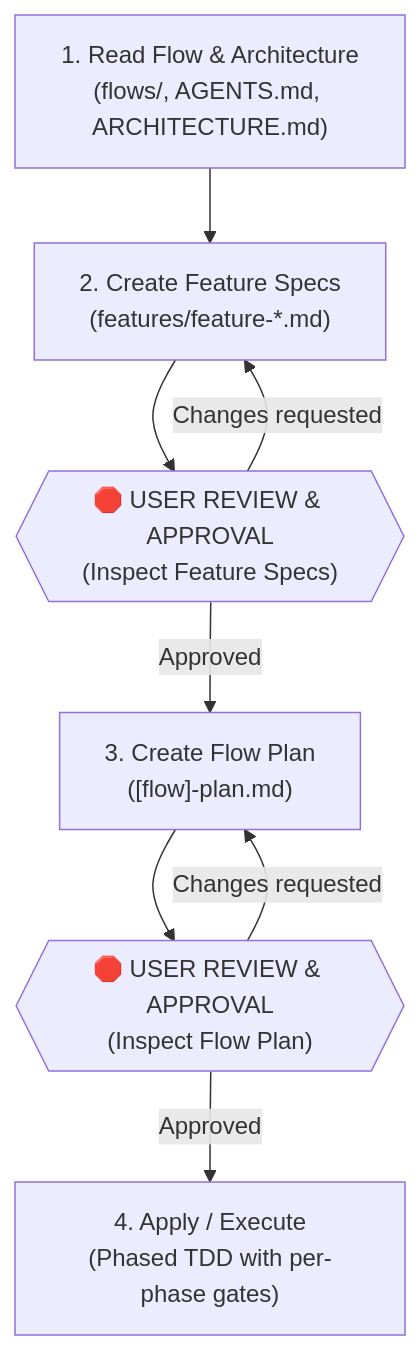
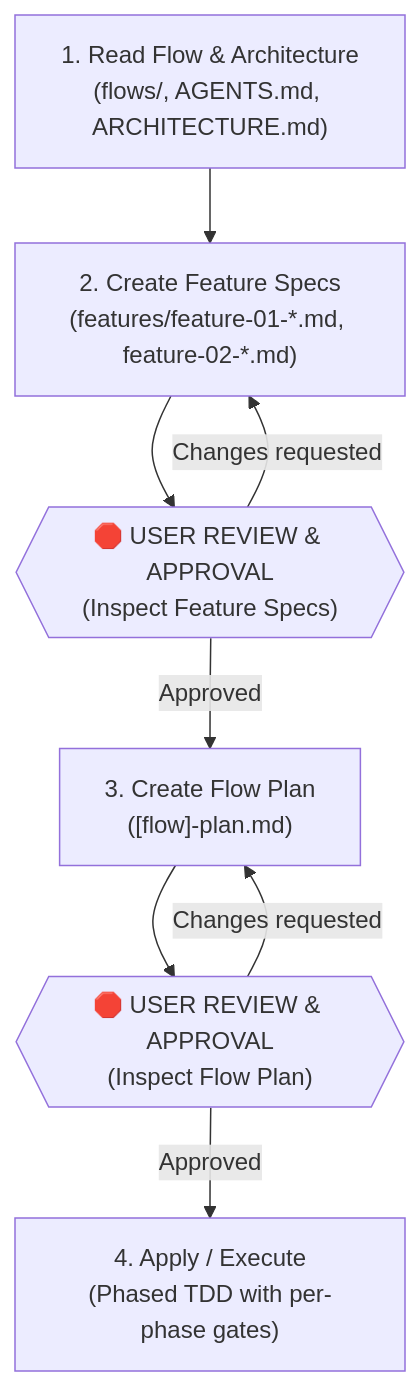
Before and after one commit to faparicior/SessioFlow: the first of 2 diagrams in .pi/skills/implement-flow/SKILL.md, drawn with Mermaid. The commit also changed other lines of this file and 3 other files, not shown here.

Commit message:
refactor: implement sequential numbering for flow feature specifications and update templates

````diff
--- a/.pi/skills/implement-flow/SKILL.md
+++ b/.pi/skills/implement-flow/SKILL.md
@@ -32,10 +32,10 @@
 ```mermaid
 flowchart TD
-    A["1. Read Flow & Architecture<br/>(flows/, AGENTS.md, ARCHITECTURE.md)"] --> B["2. Create Feature Specs<br/>(features/feature-*.md)"]
+    A["1. Read Flow & Architecture<br/>(flows/, AGENTS.md, ARCHITECTURE.md)"] --> B["2. Create Feature Specs<br/>(features/feature-01-*.md, feature-02-*.md)"]
     B --> R1{{"🛑 USER REVIEW & APPROVAL<br/>(Inspect Feature Specs)"}}
     R1 -->|Approved| C["3. Create Flow Plan<br/>([flow]-plan.md)"]
     R1 -->|Changes requested| B
     C --> R2{{"🛑 USER REVIEW & APPROVAL<br/>(Inspect Flow Plan)"}}
     R2 -->|Approved| D["4. Apply / Execute<br/>(Phased TDD with per-phase gates)"]
     R2 -->|Changes requested| C
 ```
````
